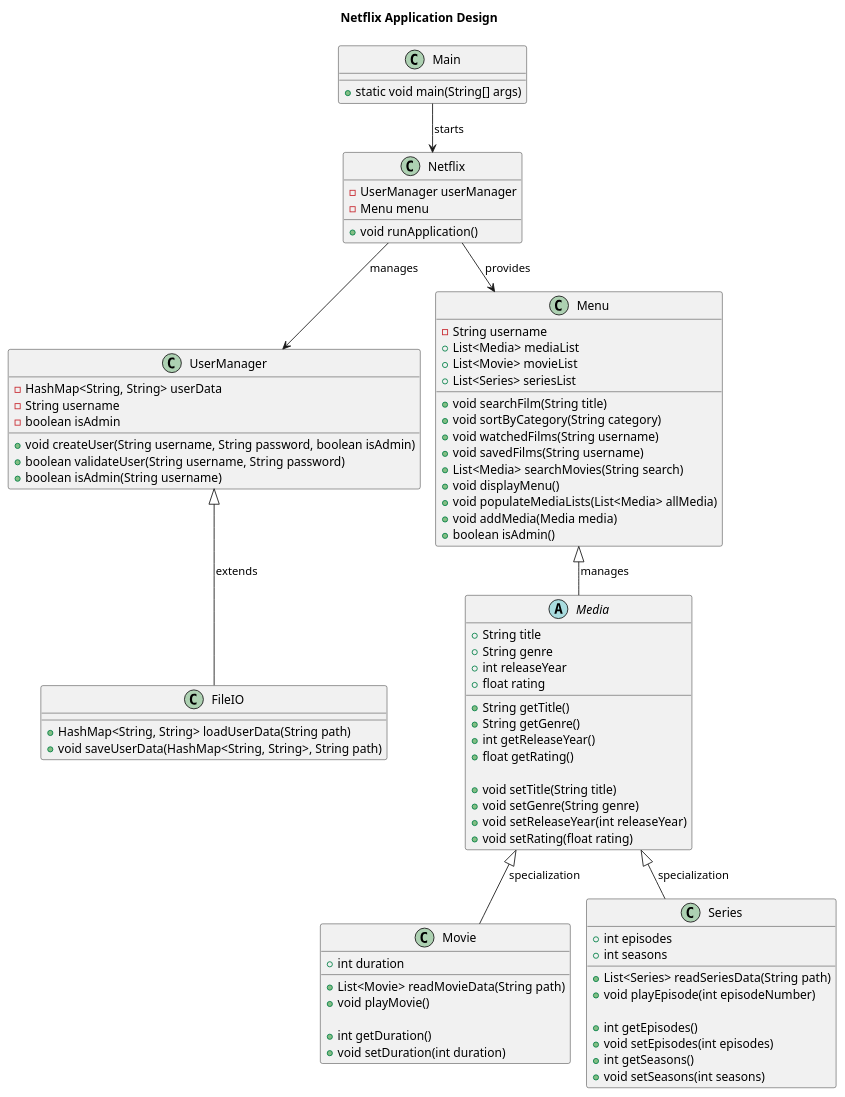
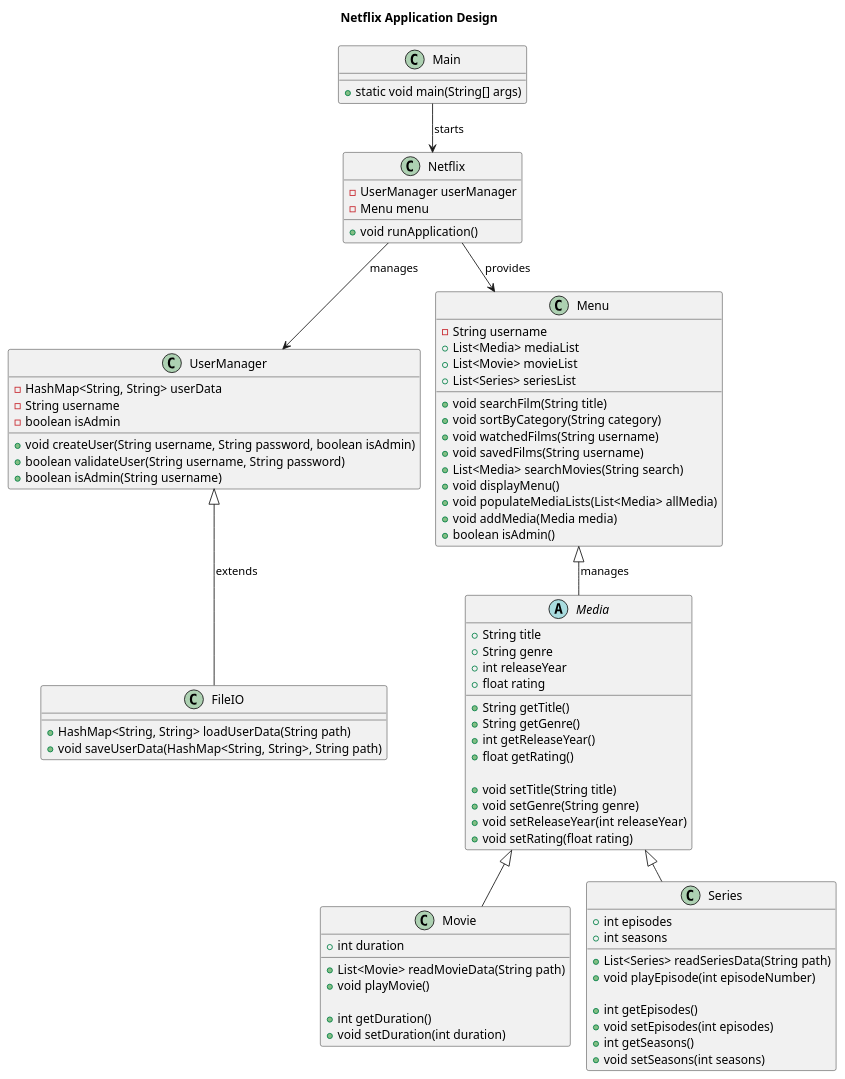
One commit to MarcusPFF/SP3-StreamingServiceProject changed the diagram in doc/classDiagram/classDiagram.puml. Above: the diagram before and after it, drawn with PlantUML.

Commit message:
updates to classDiagram.puml

```diff
--- a/doc/classDiagram/classDiagram.puml
+++ b/doc/classDiagram/classDiagram.puml
@@ -1,108 +1,108 @@
 @startuml
 !pragma layout smetana
 title Netflix Application Design
 
 ' Hovedklasse
 class Main {
     + static void main(String[] args)
 }
 
 Main --> Netflix : starts >
 
 ' Netflix System
 class Netflix {
     - UserManager userManager
     - Menu menu
 
     + void runApplication()
 }
 
 Netflix --> UserManager : manages >
 Netflix --> Menu : provides >
 
 ' User Management
 class UserManager {
     - HashMap<String, String> userData
     - String username
     - boolean isAdmin
 
     + void createUser(String username, String password, boolean isAdmin)
     + boolean validateUser(String username, String password)
     + boolean isAdmin(String username)
 }
 
 UserManager <|-- FileIO : extends >
 
 class FileIO {
     + HashMap<String, String> loadUserData(String path)
     + void saveUserData(HashMap<String, String>, String path)
 }
 
 ' Menu and Media
 class Menu {
     - String username
     + List<Media> mediaList
     + List<Movie> movieList
     + List<Series> seriesList
 
     + void searchFilm(String title)
     + void sortByCategory(String category)
     + void watchedFilms(String username)
     + void savedFilms(String username)
     + List<Media> searchMovies(String search)
     + void displayMenu()
     ' Method to populate lists for movies and series
     + void populateMediaLists(List<Media> allMedia)
     ' Method to add media if user is admin
     + void addMedia(Media media)
     ' Check if the current user is an admin
     + boolean isAdmin()
 }
 
 Menu <|-- Media : manages >
 
 abstract class Media {
     + String title
     + String genre
     + int releaseYear
     + float rating
 
     + String getTitle()
     + String getGenre()
     + int getReleaseYear()
     + float getRating()
 
     + void setTitle(String title)
     + void setGenre(String genre)
     + void setReleaseYear(int releaseYear)
     + void setRating(float rating)
 }
 
 ' Specific Media Types
 class Movie {
     + int duration
     + List<Movie> readMovieData(String path)
     + void playMovie()
 
     ' Getters and Setters for Movie attributes
     + int getDuration()
     + void setDuration(int duration)
 }
 
 class Series {
     + int episodes
     + int seasons
     + List<Series> readSeriesData(String path)
     + void playEpisode(int episodeNumber)
 
     ' Getters and Setters for Series attributes
     + int getEpisodes()
     + void setEpisodes(int episodes)
     + int getSeasons()
     + void setSeasons(int seasons)
 }
 
-Media <|-- Movie : specialization >
-Media <|-- Series : specialization >
+Media <|-- Movie
+Media <|-- Series
 
 @enduml
```
